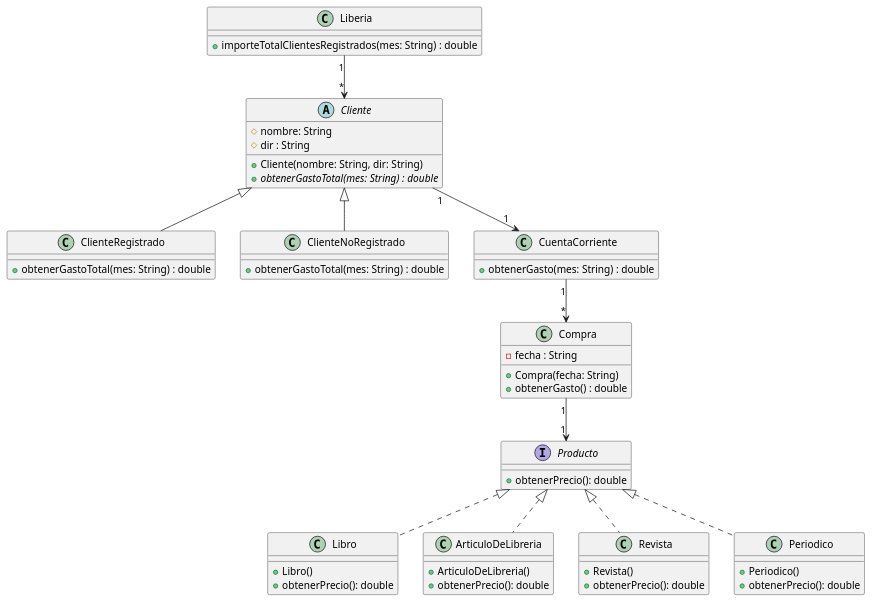
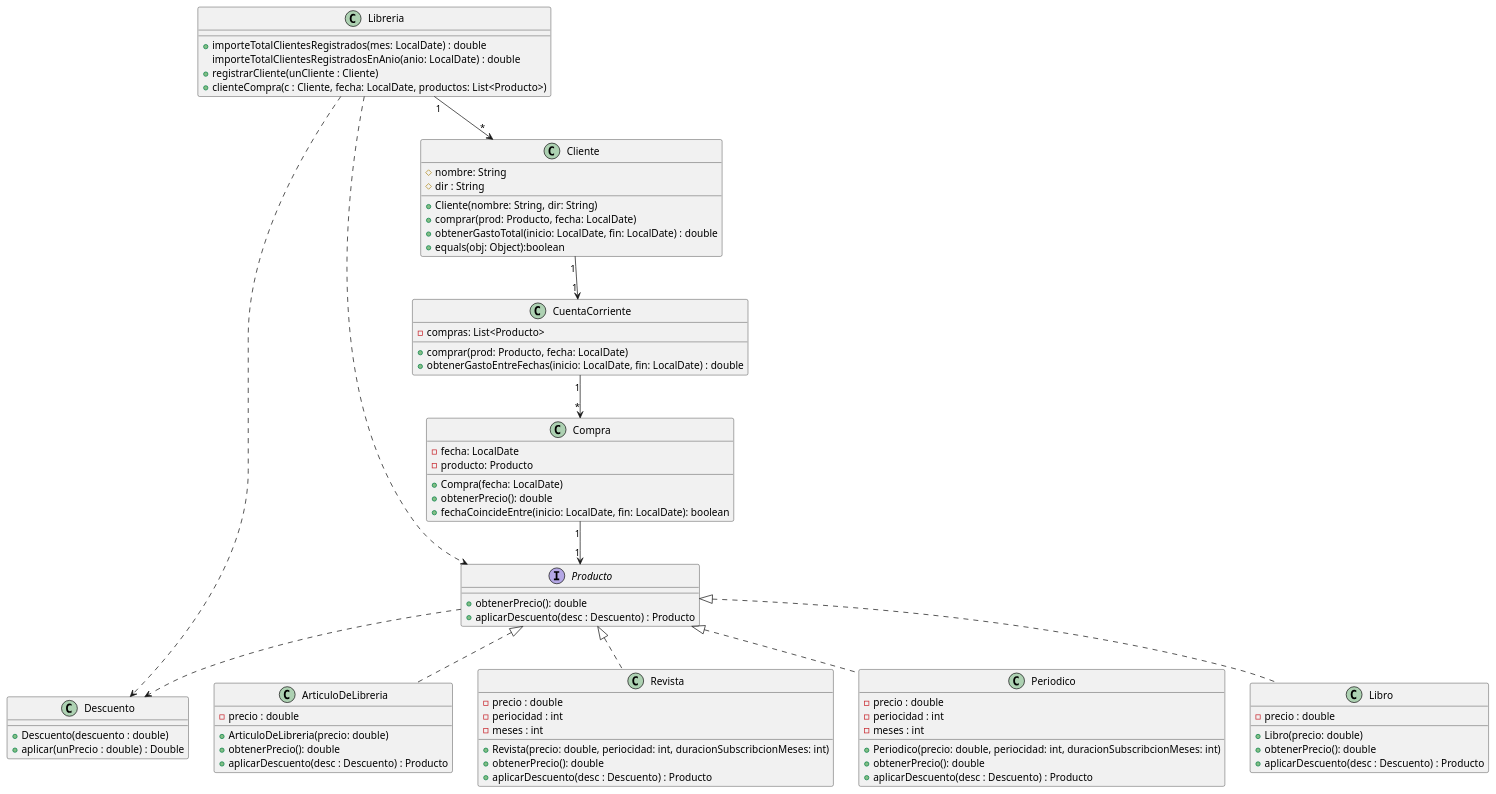
Before and after one commit to lucas96will/Fiuba_ParadigmasDeProgramacion: the diagram in src/diagrams/DC.puml, drawn with PlantUML. The commit also changed 15 other files, not shown here.

Commit message:
Eliminado ClienteNoRegistrado, cliente pasa a ser solo uno. DescuentoClienteRegistrado -> Descuento a secas Finalizado los casos de uso

```diff
--- a/src/diagrams/DC.puml
+++ b/src/diagrams/DC.puml
@@ -1,70 +1,92 @@
 @startuml
 'https://plantuml.com/class-diagram
 
 
-class Liberia {
- +importeTotalClientesRegistrados(mes: String) : double
+class Libreria {
+ +importeTotalClientesRegistrados(mes: LocalDate) : double
+ importeTotalClientesRegistradosEnAnio(anio: LocalDate) : double
+ +registrarCliente(unCliente : Cliente)
+ +clienteCompra(c : Cliente, fecha: LocalDate, productos: List<Producto>)
 }
 
-Abstract Cliente {
+Class Cliente {
 # nombre: String
 # dir : String
 +Cliente(nombre: String, dir: String)
-+{abstract}obtenerGastoTotal(mes: String) : double
-}
-
-class ClienteRegistrado {
-+obtenerGastoTotal(mes: String) : double
-}
-
-class ClienteNoRegistrado {
-+obtenerGastoTotal(mes: String) : double
++comprar(prod: Producto, fecha: LocalDate)
++obtenerGastoTotal(inicio: LocalDate, fin: LocalDate) : double
++equals(obj: Object):boolean
 }
 
 
+class Descuento {
++Descuento(descuento : double)
++aplicar(unPrecio : double) : Double
+}
+
 class CuentaCorriente {
-+ obtenerGasto(mes: String) : double
+- compras: List<Producto>
++ comprar(prod: Producto, fecha: LocalDate)
++ obtenerGastoEntreFechas(inicio: LocalDate, fin: LocalDate) : double
 }
 
 interface Producto {
 +obtenerPrecio(): double
++aplicarDescuento(desc : Descuento) : Producto
 }
 
 class Compra {
-- fecha : String
-+ Compra(fecha: String)
-+ obtenerGasto() : double
+- fecha: LocalDate
+- producto: Producto
++ Compra(fecha: LocalDate)
++ obtenerPrecio(): double
++fechaCoincideEntre(inicio: LocalDate, fin: LocalDate): boolean
 }
 
 class Libro{
-+Libro()
+-precio : double
++Libro(precio: double)
 +obtenerPrecio(): double
++aplicarDescuento(desc : Descuento) : Producto
 }
 class ArticuloDeLibreria{
-+ArticuloDeLibreria()
+-precio : double
++ArticuloDeLibreria(precio: double)
 +obtenerPrecio(): double
++aplicarDescuento(desc : Descuento) : Producto
 }
+
 class Revista{
-+Revista()
+-precio : double
+-periocidad : int
+-meses : int
++Revista(precio: double, periocidad: int, duracionSubscribcionMeses: int)
 +obtenerPrecio(): double
++aplicarDescuento(desc : Descuento) : Producto
 }
 class Periodico{
-+Periodico()
+-precio : double
+-periocidad : int
+-meses : int
++Periodico(precio: double, periocidad: int, duracionSubscribcionMeses: int)
 +obtenerPrecio(): double
++aplicarDescuento(desc : Descuento) : Producto
 }
 
-Liberia "1" --> "*" Cliente
-Cliente <|-- ClienteRegistrado
-Cliente <|-- ClienteNoRegistrado
+Libreria "1" --> "*" Cliente
+Libreria ..> Descuento
+Libreria ..> Producto
+
 
 Cliente "1" --> "1" CuentaCorriente
 
 CuentaCorriente "1" --> "*" Compra
 Compra "1" --> "1" Producto
 
+Producto ..> Descuento
 Producto <|.. Libro
 Producto <|.. ArticuloDeLibreria
 Producto <|.. Revista
 Producto <|.. Periodico
 
 @enduml
```
